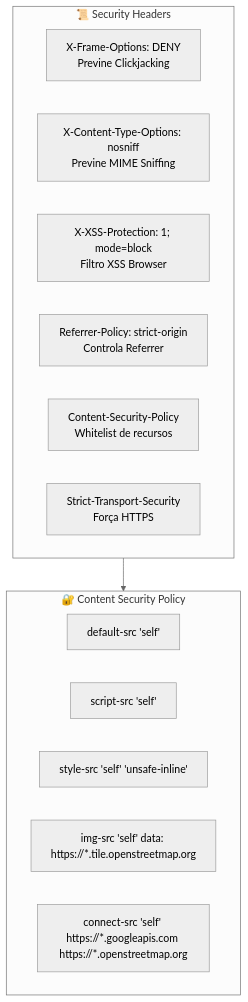
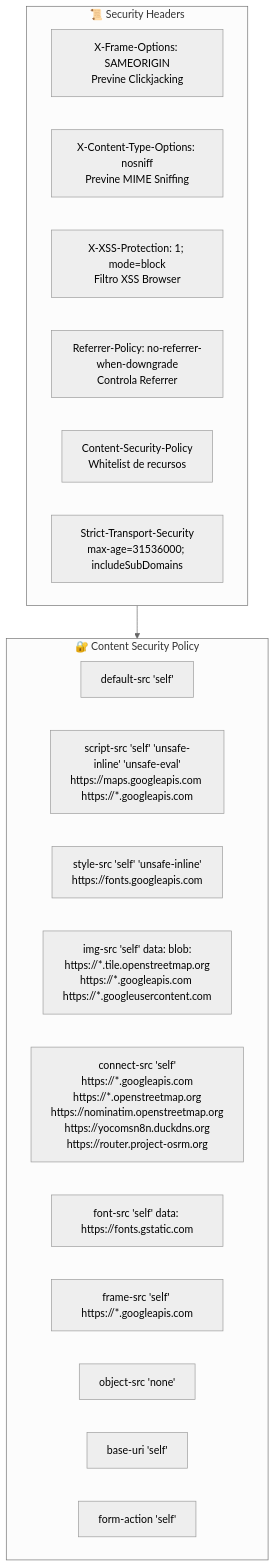
Diagram 12 of 13 in docs/ARCHITECTURE_SECURITY.md (AlexandreMendesISCTE/Projeto-de-Arquitetura-e-Desenho-de-Software), drawn with Mermaid (neutral theme) before and after one commit. The commit also changed other lines of this file and 54 other files, not shown here.

````diff
--- a/docs/ARCHITECTURE_SECURITY.md
+++ b/docs/ARCHITECTURE_SECURITY.md
@@ -503,21 +503,26 @@
 ```mermaid
 flowchart TB
     subgraph Headers["📜 Security Headers"]
-        H1["X-Frame-Options: DENY<br/>Previne Clickjacking"]
+        H1["X-Frame-Options: SAMEORIGIN<br/>Previne Clickjacking"]
         H2["X-Content-Type-Options: nosniff<br/>Previne MIME Sniffing"]
         H3["X-XSS-Protection: 1; mode=block<br/>Filtro XSS Browser"]
-        H4["Referrer-Policy: strict-origin<br/>Controla Referrer"]
+        H4["Referrer-Policy: no-referrer-when-downgrade<br/>Controla Referrer"]
         H5["Content-Security-Policy<br/>Whitelist de recursos"]
-        H6["Strict-Transport-Security<br/>Força HTTPS"]
+        H6["Strict-Transport-Security<br/>max-age=31536000; includeSubDomains"]
     end
 
     subgraph CSP["🔐 Content Security Policy"]
         CSP1["default-src 'self'"]
-        CSP2["script-src 'self'"]
-        CSP3["style-src 'self' 'unsafe-inline'"]
-        CSP4["img-src 'self' data: https://*.tile.openstreetmap.org"]
-        CSP5["connect-src 'self' https://*.googleapis.com https://*.openstreetmap.org"]
+        CSP2["script-src 'self' 'unsafe-inline' 'unsafe-eval'<br/>https://maps.googleapis.com https://*.googleapis.com"]
+        CSP3["style-src 'self' 'unsafe-inline'<br/>https://fonts.googleapis.com"]
+        CSP4["img-src 'self' data: blob:<br/>https://*.tile.openstreetmap.org<br/>https://*.googleapis.com https://*.googleusercontent.com"]
+        CSP5["connect-src 'self'<br/>https://*.googleapis.com<br/>https://*.openstreetmap.org<br/>https://nominatim.openstreetmap.org<br/>https://yocomsn8n.duckdns.org<br/>https://router.project-osrm.org"]
+        CSP6["font-src 'self' data: https://fonts.gstatic.com"]
+        CSP7["frame-src 'self' https://*.googleapis.com"]
+        CSP8["object-src 'none'"]
+        CSP9["base-uri 'self'"]
+        CSP10["form-action 'self'"]
     end
 
     Headers --> CSP
 ```
````
